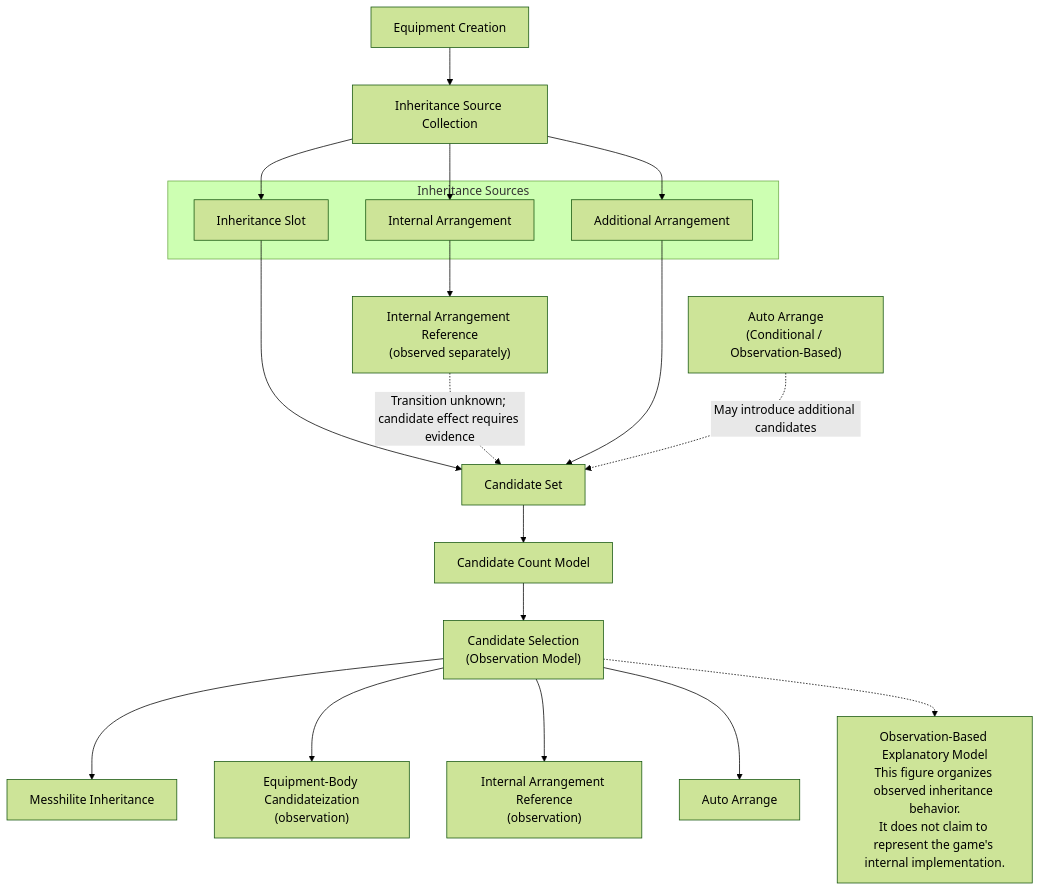
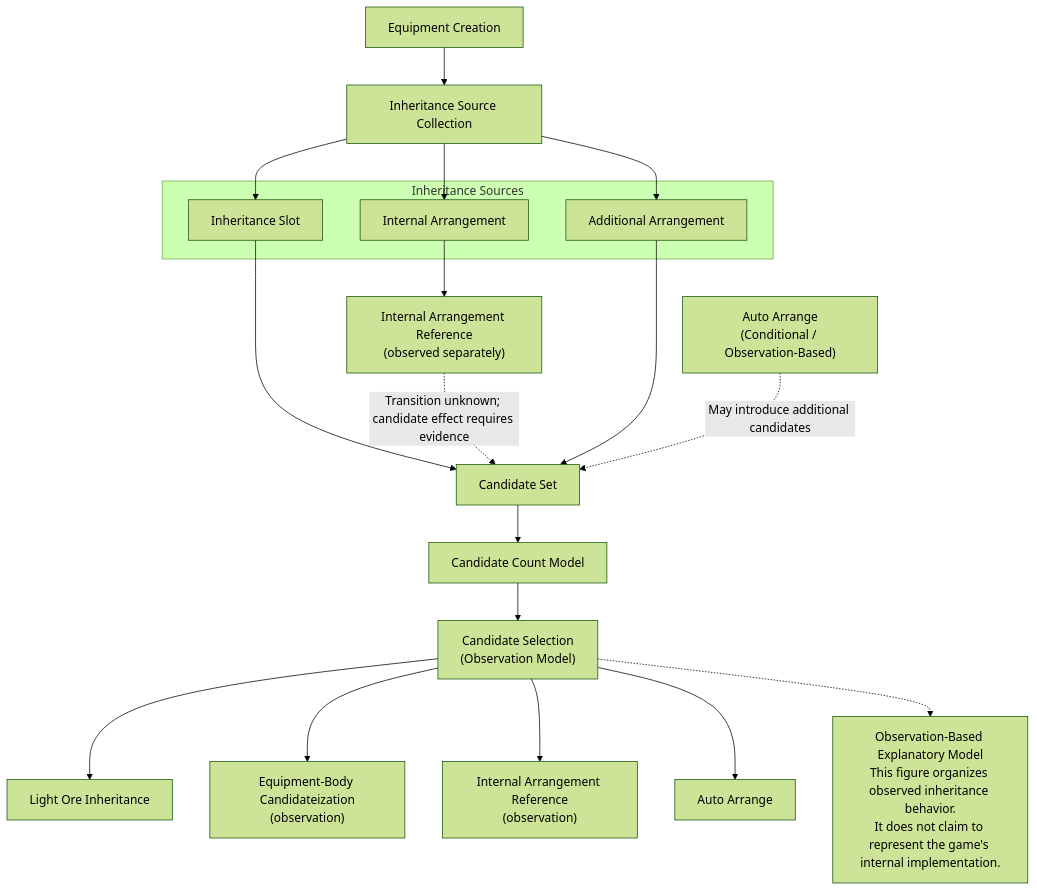
Before and after one commit to j13343sh/Rune-Factory-Inheritance-Research: the diagram in articles/Candidate-Count-Model.md, drawn with Mermaid (forest theme). The commit also changed other lines of this file and 12 other files, not shown here.

````diff
--- a/articles/Candidate-Count-Model.md
+++ b/articles/Candidate-Count-Model.md
@@ -15,42 +15,42 @@
 ```mermaid
 flowchart TB
 
 %% =========================================================
 %% Equipment Inheritance Observation Model
 %% =========================================================
 
 EC["Equipment Creation"]
 EC --> IC["Inheritance Source Collection"]
 
 subgraph Sources["Inheritance Sources"]
     IS["Inheritance Slot"]
     IA["Internal Arrangement"]
     AA["Additional Arrangement"]
 end
 
 IC --> IS
 IC --> IA
 IC --> AA
 
 IS --> CS
 IA --> REF["Internal Arrangement Reference<br/>(observed separately)"]
 REF -. "Transition unknown; candidate effect requires evidence" .-> CS
 AA --> CS
 
 AUTO["Auto Arrange<br/>(Conditional / Observation-Based)"]
 
 AUTO -. May introduce additional candidates .-> CS
 
 CS["Candidate Set"]
 CS --> CCM["Candidate Count Model"]
 CCM --> SEL["Candidate Selection<br/>(Observation Model)"]
 
-SEL --> M["Messhilite Inheritance"]
+SEL --> M["Light Ore Inheritance"]
 SEL --> SP["Equipment-Body Candidateization<br/>(observation)"]
 SEL --> RP["Internal Arrangement Reference<br/>(observation)"]
 SEL --> AR["Auto Arrange"]
 
 NOTE["Observation-Based Explanatory Model<br/>This figure organizes observed inheritance behavior.<br/>It does not claim to represent the game's internal implementation."]
 
 SEL -.-> NOTE
 ```
````
